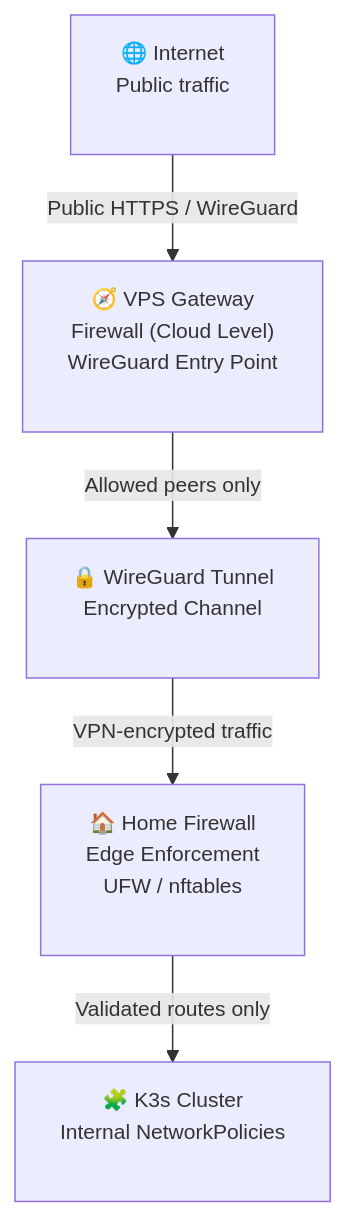
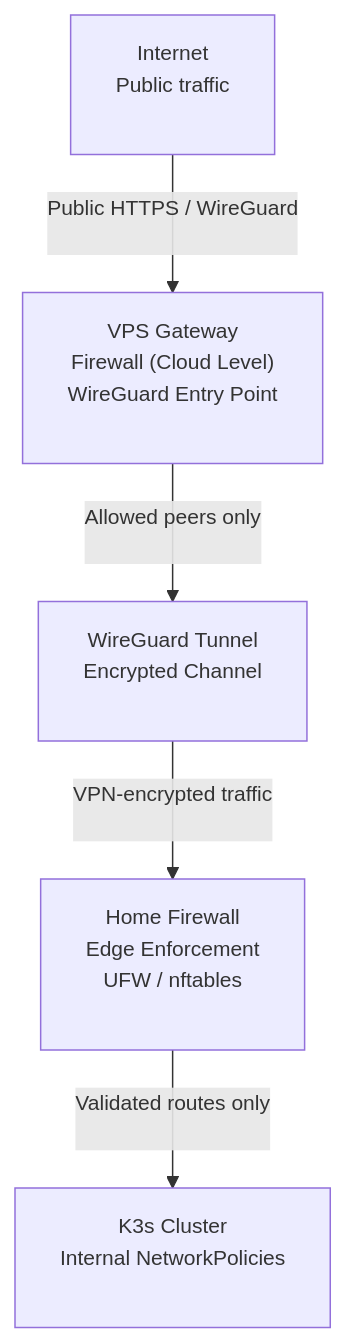
Before and after one commit to henryhall897/homelabwiki: the diagram in public/infrastructure/networking/firewall.md, drawn with Mermaid. The commit also changed other lines of this file, not shown here.

Commit message:
docs: update public/infrastructure/networking/firewall

````diff
--- a/public/infrastructure/networking/firewall.md
+++ b/public/infrastructure/networking/firewall.md
@@ -24,14 +24,14 @@
 ```mermaid
 %%{init: {'themeVariables': { 'fontSize': '14px', 'fontFamily': 'monospace' }}}%%
 flowchart TD
-  A["🌐 Internet<br/>Public traffic<br/><br/>"]
-  B["🧭 VPS Gateway<br/>Firewall (Cloud Level)<br/>WireGuard Entry Point<br/><br/>"]
-  C["🔒 WireGuard Tunnel<br/>Encrypted Channel<br/><br/>"]
-  D["🏠 Home Firewall<br/>Edge Enforcement<br/>UFW / nftables<br/><br/>"]
-  E["🧩 K3s Cluster<br/>Internal NetworkPolicies<br/><br/>"]
+  A["Internet<br/>Public traffic<br/><br/>"]
+  B["VPS Gateway<br/>Firewall (Cloud Level)<br/>WireGuard Entry Point<br/><br/>"]
+  C["WireGuard Tunnel<br/>Encrypted Channel<br/><br/>"]
+  D["Home Firewall<br/>Edge Enforcement<br/>UFW / nftables<br/><br/>"]
+  E["K3s Cluster<br/>Internal NetworkPolicies<br/><br/>"]
 
-  A -->|"Public HTTPS / WireGuard"| B
-  B -->|"Allowed peers only"| C
-  C -->|"VPN-encrypted traffic"| D
-  D -->|"Validated routes only"| E
+  A -->|"Public HTTPS / WireGuard\n\n"| B
+  B -->|"Allowed peers only\n\n"| C
+  C -->|"VPN-encrypted traffic\n\n"| D
+  D -->|"Validated routes only\n\n"| E
 ```
````
